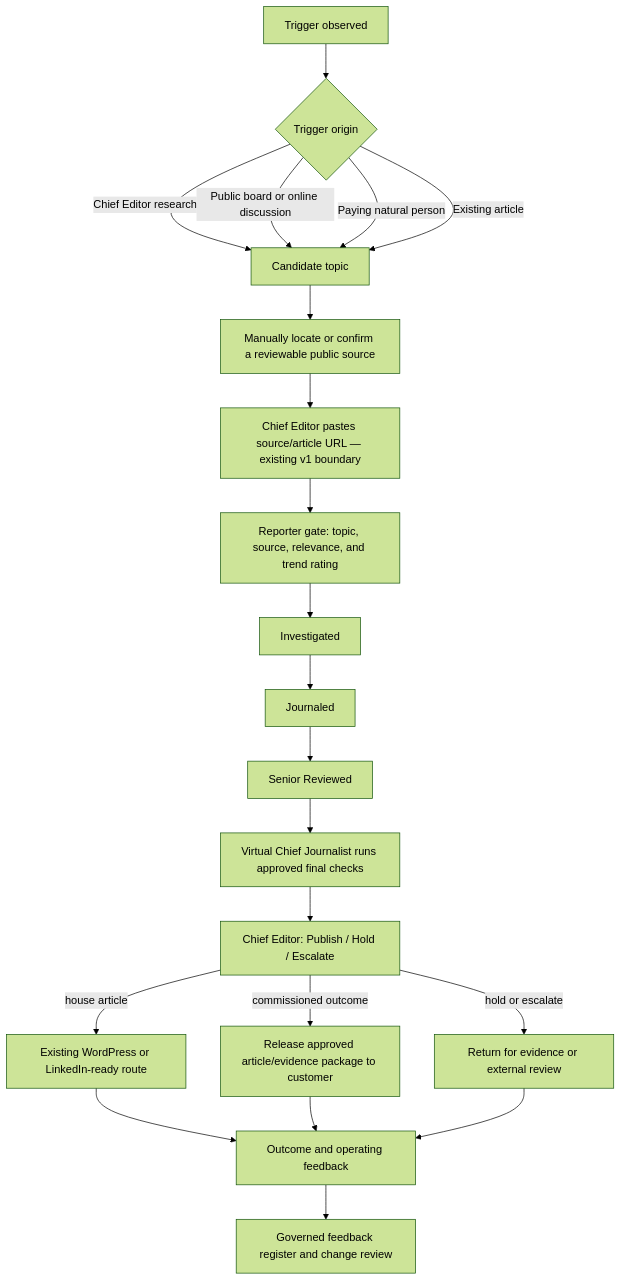
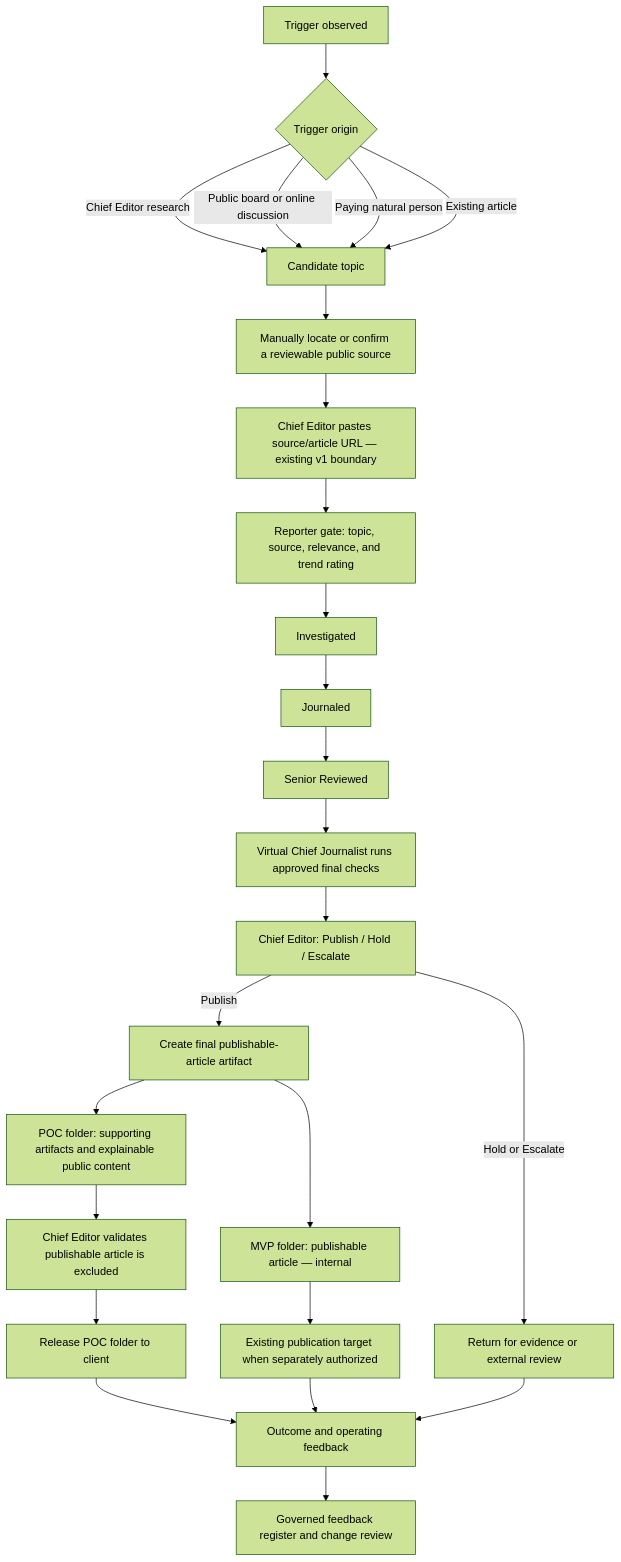
Before and after one commit to robertaoai/my-editorial-app: the first of 2 diagrams in docs/governance/board-proposal-professional-evidence-review-poc.md, drawn with Mermaid (forest theme). The commit also changed other lines of this file, not shown here.

Commit message:
docs: clarify POC and MVP briefcase packaging

````diff
--- a/docs/governance/board-proposal-professional-evidence-review-poc.md
+++ b/docs/governance/board-proposal-professional-evidence-review-poc.md
@@ -81,23 +84,27 @@
 ```mermaid
 flowchart TD
     A["Trigger observed"] --> B{"Trigger origin"}
     B -->|Chief Editor research| C["Candidate topic"]
     B -->|Public board or online discussion| C
     B -->|Paying natural person| C
     B -->|Existing article| C
     C --> D["Manually locate or confirm a reviewable public source"]
     D --> E["Chief Editor pastes source/article URL — existing v1 boundary"]
     E --> F["Reporter gate: topic, source, relevance, and trend rating"]
     F --> G["Investigated"]
     G --> H["Journaled"]
     H --> I["Senior Reviewed"]
     I --> J["Virtual Chief Journalist runs approved final checks"]
     J --> K["Chief Editor: Publish / Hold / Escalate"]
-    K -->|house article| L["Existing WordPress or LinkedIn-ready route"]
-    K -->|commissioned outcome| M["Release approved article/evidence package to customer"]
-    K -->|hold or escalate| N["Return for evidence or external review"]
-    L --> O["Outcome and operating feedback"]
-    M --> O
-    N --> O
-    O --> P["Governed feedback register and change review"]
+    K -->|Publish| L["Create final publishable-article artifact"]
+    L --> M["MVP folder: publishable article — internal"]
+    L --> N["POC folder: supporting artifacts and explainable public content"]
+    N --> O["Chief Editor validates publishable article is excluded"]
+    O --> P["Release POC folder to client"]
+    M --> Q["Existing publication target when separately authorized"]
+    K -->|Hold or Escalate| R["Return for evidence or external review"]
+    P --> S["Outcome and operating feedback"]
+    Q --> S
+    R --> S
+    S --> T["Governed feedback register and change review"]
 ```
````
